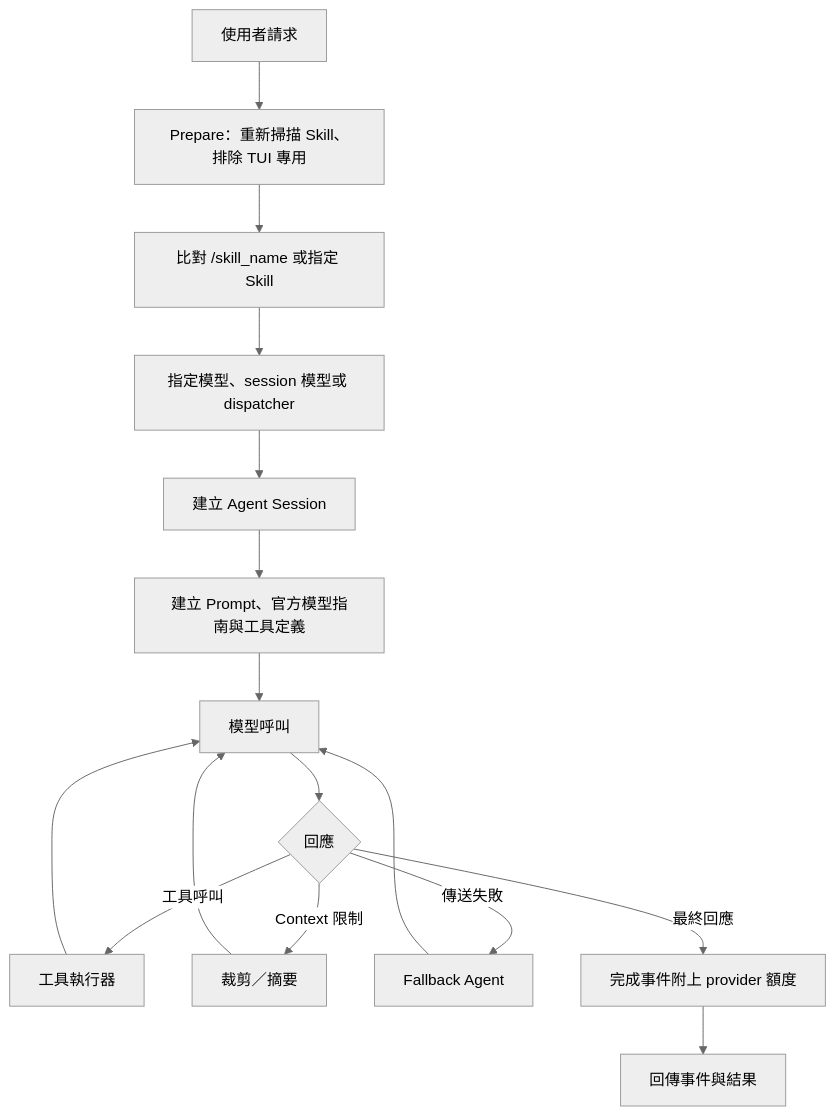
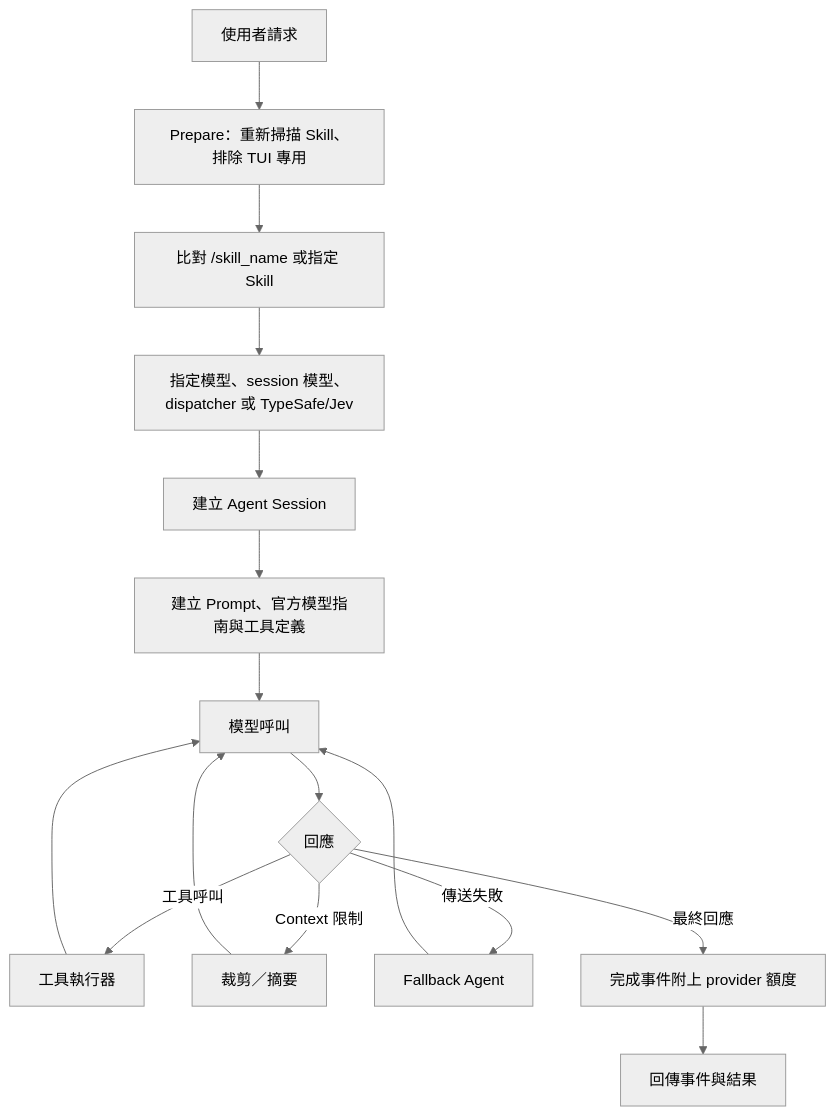
One commit to agenvoy/Agenvoy changed the fourth of 9 diagrams in doc/architecture.zh.md. Above: the diagram before and after it, drawn with Mermaid (neutral theme). The commit also changed other lines of this file and 3 other files, not shown here.

Commit message:
doc: Document TypeSafe routing, auto reasoning, and provider model caching

````diff
--- a/doc/architecture.zh.md
+++ b/doc/architecture.zh.md
@@ -76,18 +76,18 @@
 ```mermaid
 graph TB
     Request[使用者請求] --> Prepare[Prepare：重新掃描 Skill、排除 TUI 專用]
     Prepare --> Match[比對 /skill_name 或指定 Skill]
-    Match --> Resolve[指定模型、session 模型或 dispatcher]
+    Match --> Resolve[指定模型、session 模型、dispatcher 或 TypeSafe/Jev]
     Resolve --> Session[建立 Agent Session]
     Session --> Prompt[建立 Prompt、官方模型指南與工具定義]
     Prompt --> Model[模型呼叫]
     Model --> Result{回應}
     Result -->|工具呼叫| ToolExec[工具執行器]
     ToolExec --> Model
     Result -->|Context 限制| Compact[裁剪／摘要]
     Compact --> Model
     Result -->|傳送失敗| Fallback[Fallback Agent]
     Fallback --> Model
     Result -->|最終回應| Quota[完成事件附上 provider 額度]
     Quota --> Events[回傳事件與結果]
 ```
````
